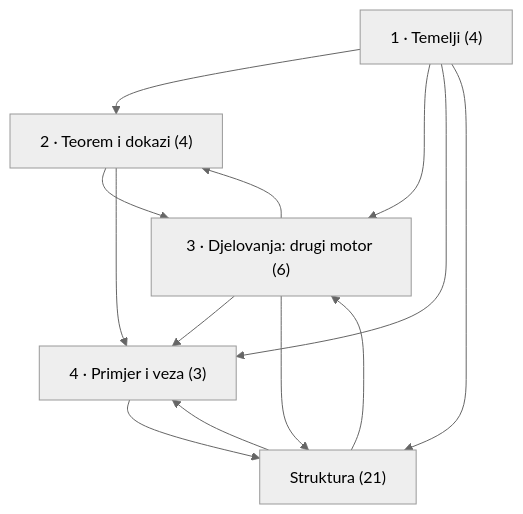
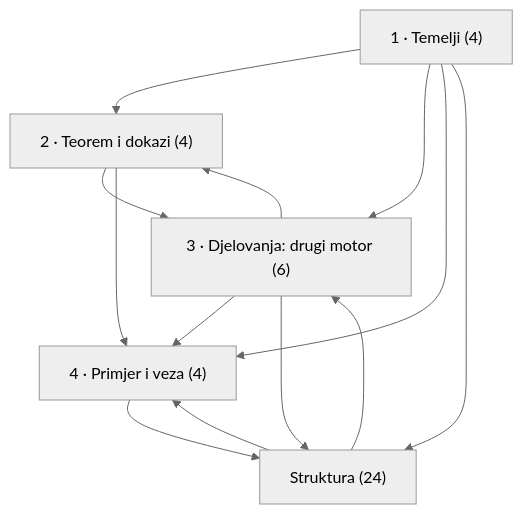
One commit to matsek-fer/reader changed the first of 7 diagrams in examples/mini-vault/views/dag.md. Above: the diagram before and after it, drawn with Mermaid (neutral theme). The commit also changed other lines of this file and 376 other files, not shown here.

````diff
--- a/examples/mini-vault/views/dag.md
+++ b/examples/mini-vault/views/dag.md
@@ -15,20 +15,20 @@
 ```mermaid
 graph TD
     g0["1 · Temelji (4)"]
     g1["2 · Teorem i dokazi (4)"]
     g2["3 · Djelovanja: drugi motor (6)"]
-    g3["4 · Primjer i veza (3)"]
-    g4["Struktura (21)"]
+    g3["4 · Primjer i veza (4)"]
+    g4["Struktura (24)"]
     g0 --> g1
     g0 --> g2
     g0 --> g3
     g0 --> g4
     g1 --> g2
     g1 --> g3
     g2 --> g1
     g2 --> g3
     g2 --> g4
     g3 --> g4
     g4 --> g2
     g4 --> g3
 ```
````
